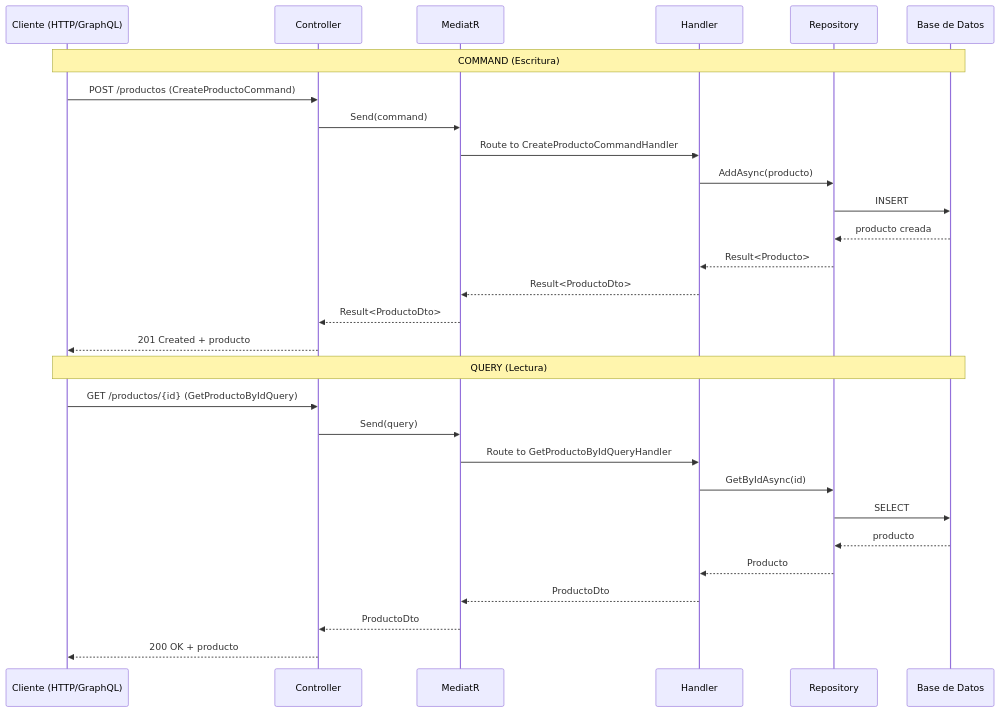
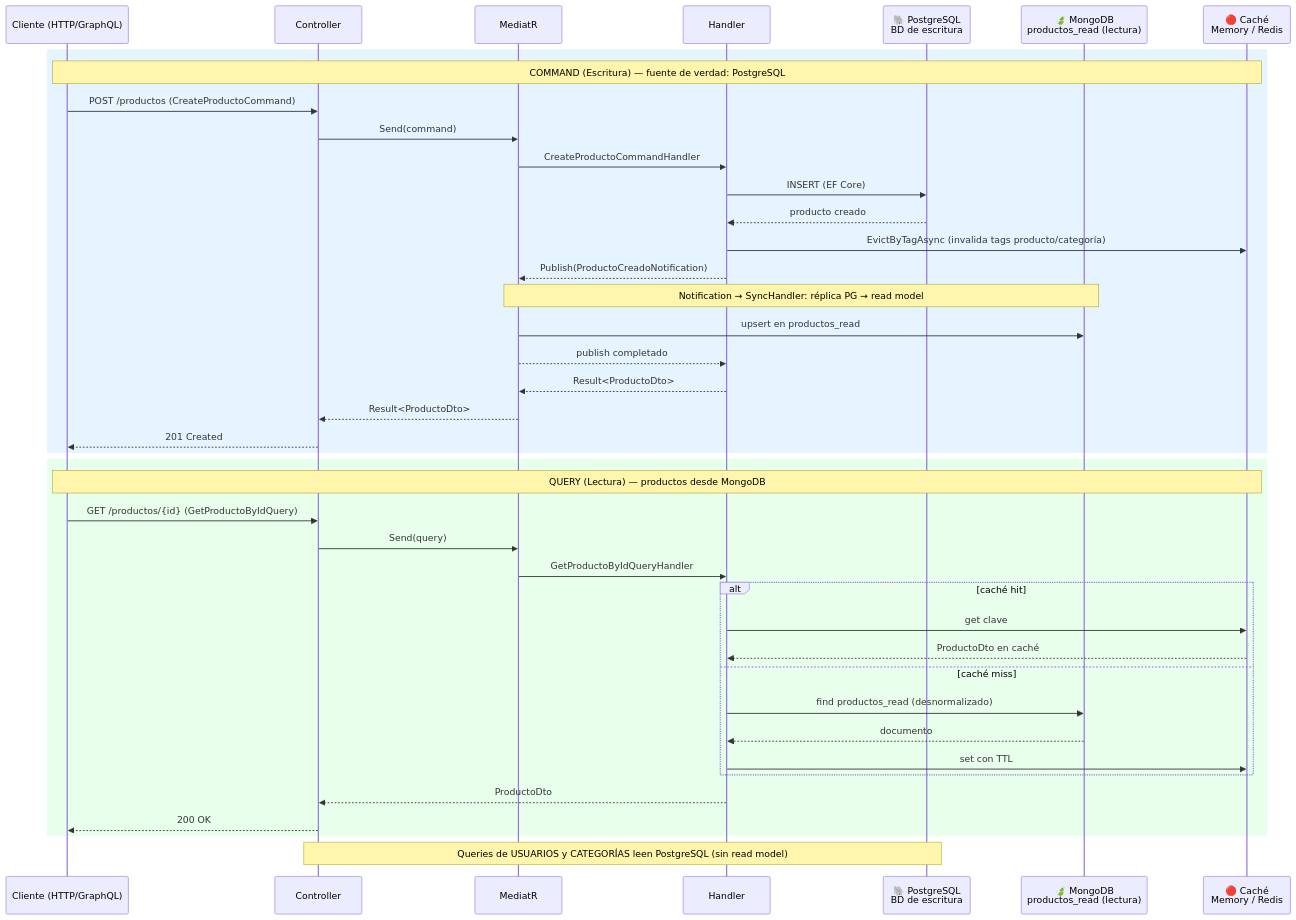
Before and after one commit to joseluisgs/TiendaDawApi-Cqrs-MediatR-NetCore: the eighth of 8 diagrams in README.md, drawn with Mermaid. The commit also changed other lines of this file, not shown here.

Commit message:
docs: fase 12 - readme sin conteos de tests y diagramas cqrs con bd de escritura/lectura separadas

````diff
--- a/README.md
+++ b/README.md
@@ -1062,33 +1132,46 @@
 ```mermaid
 sequenceDiagram
     participant Client as Cliente (HTTP/GraphQL)
     participant Controller as Controller
     participant MediatR as MediatR
     participant Handler as Handler
-    participant Repo as Repository
-    participant DB as Base de Datos
+    participant PG as 🐘 PostgreSQL<br/>BD de escritura
+    participant Mongo as 🍃 MongoDB<br/>productos_read (lectura)
+    participant Cache as 🔴 Caché<br/>Memory / Redis
 
-    Note over Client, DB: COMMAND (Escritura)
+    rect rgb(230, 244, 255)
+    Note over Client, Cache: COMMAND (Escritura) — fuente de verdad: PostgreSQL
     Client->>Controller: POST /productos (CreateProductoCommand)
     Controller->>MediatR: Send(command)
-    MediatR->>Handler: Route to CreateProductoCommandHandler
-    Handler->>Repo: AddAsync(producto)
-    Repo->>DB: INSERT
-    DB-->>Repo: producto creada
-    Repo-->>Handler: Result<Producto>
+    MediatR->>Handler: CreateProductoCommandHandler
+    Handler->>PG: INSERT (EF Core)
+    PG-->>Handler: producto creado
+    Handler->>Cache: EvictByTagAsync (invalida tags producto/categoría)
+    Handler-->>MediatR: Publish(ProductoCreadoNotification)
+    Note over MediatR, Mongo: Notification → SyncHandler: réplica PG → read model
+    MediatR->>Mongo: upsert en productos_read
+    MediatR-->>Handler: publish completado
     Handler-->>MediatR: Result<ProductoDto>
     MediatR-->>Controller: Result<ProductoDto>
-    Controller-->>Client: 201 Created + producto
+    Controller-->>Client: 201 Created
+    end
 
-    Note over Client, DB: QUERY (Lectura)
+    rect rgb(232, 255, 236)
+    Note over Client, Cache: QUERY (Lectura) — productos desde MongoDB
     Client->>Controller: GET /productos/{id} (GetProductoByIdQuery)
     Controller->>MediatR: Send(query)
-    MediatR->>Handler: Route to GetProductoByIdQueryHandler
-    Handler->>Repo: GetByIdAsync(id)
-    Repo->>DB: SELECT
-    DB-->>Repo: producto
-    Repo-->>Handler: Producto
-    Handler-->>MediatR: ProductoDto
-    MediatR-->>Controller: ProductoDto
-    Controller-->>Client: 200 OK + producto
+    MediatR->>Handler: GetProductoByIdQueryHandler
+    alt caché hit
+        Handler->>Cache: get clave
+        Cache-->>Handler: ProductoDto en caché
+    else caché miss
+        Handler->>Mongo: find productos_read (desnormalizado)
+        Mongo-->>Handler: documento
+        Handler->>Cache: set con TTL
+    end
+    Handler-->>Controller: ProductoDto
+    Controller-->>Client: 200 OK
+    end
+
+    Note over Controller, PG: Queries de USUARIOS y CATEGORÍAS leen PostgreSQL (sin read model)
 ```
````
